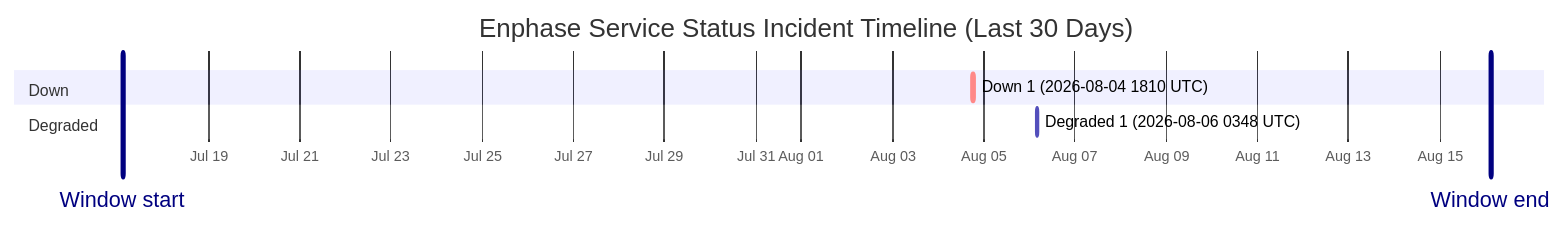
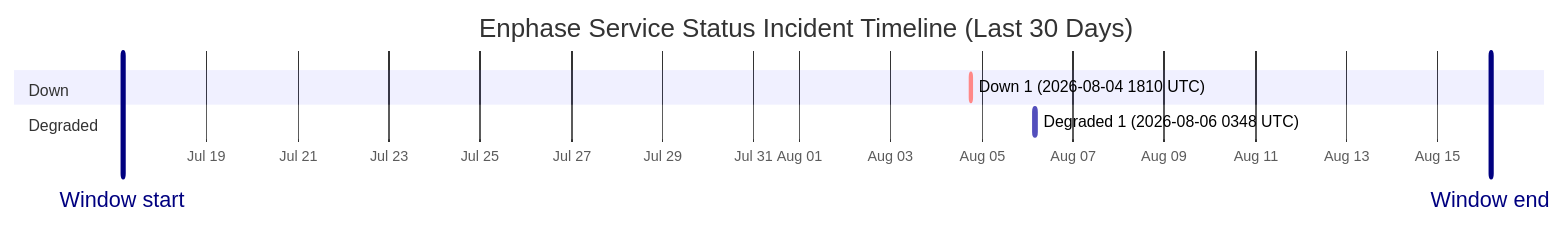
Before and after one commit to barneyonline/ha-enphase-energy: the diagram in wiki/Service-Status-History.md, drawn with Mermaid. The commit also changed other lines of this file and 3 other files, not shown here.

````diff
--- a/wiki/Service-Status-History.md
+++ b/wiki/Service-Status-History.md
@@ -14,12 +14,12 @@
 ```mermaid
 gantt
     title Enphase Service Status Incident Timeline (Last 30 Days)
     dateFormat  YYYY-MM-DDTHH:mm:ss
     axisFormat  %b %d
-    Window start :vert, window-start, 2026-07-17T02:40:36, 0ms
-    Window end :vert, window-end, 2026-08-16T02:40:36, 0ms
+    Window start :vert, window-start, 2026-07-17T03:46:03, 0ms
+    Window end :vert, window-end, 2026-08-16T03:46:03, 0ms
     section Down
     Down 1 (2026-08-04 1810 UTC) :crit, down-1, 2026-08-04T18:10:46, 60m
     section Degraded
     Degraded 1 (2026-08-06 0348 UTC) :active, degraded-1, 2026-08-06T03:48:14, 60m
 ```
````
